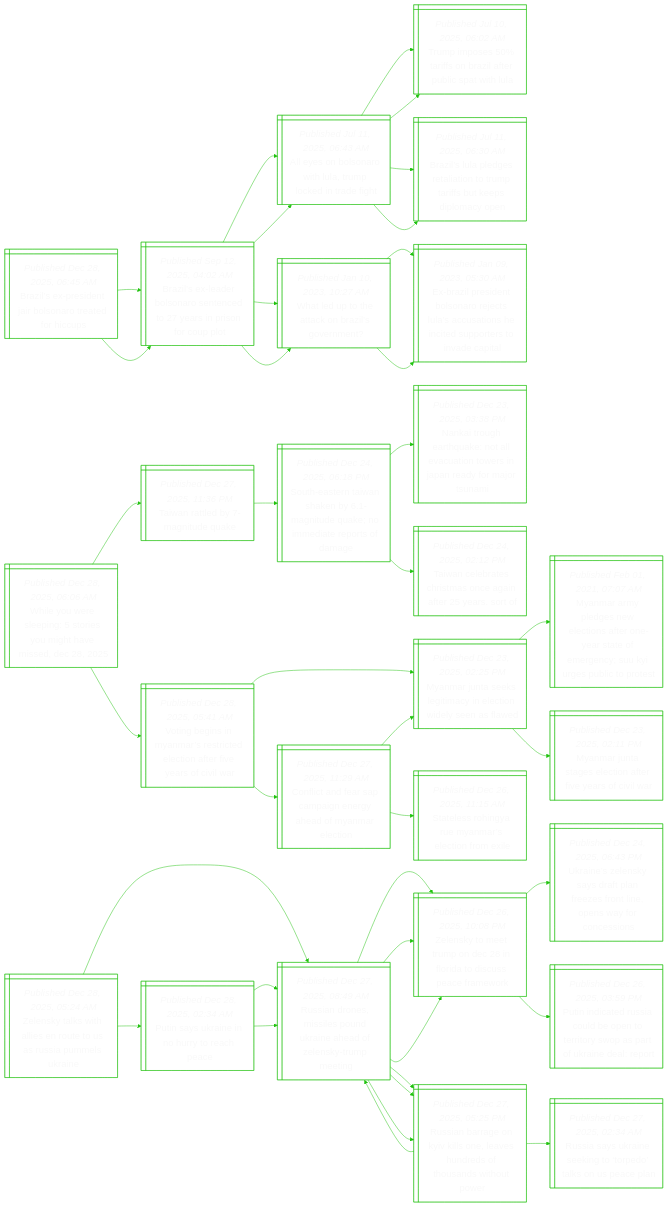
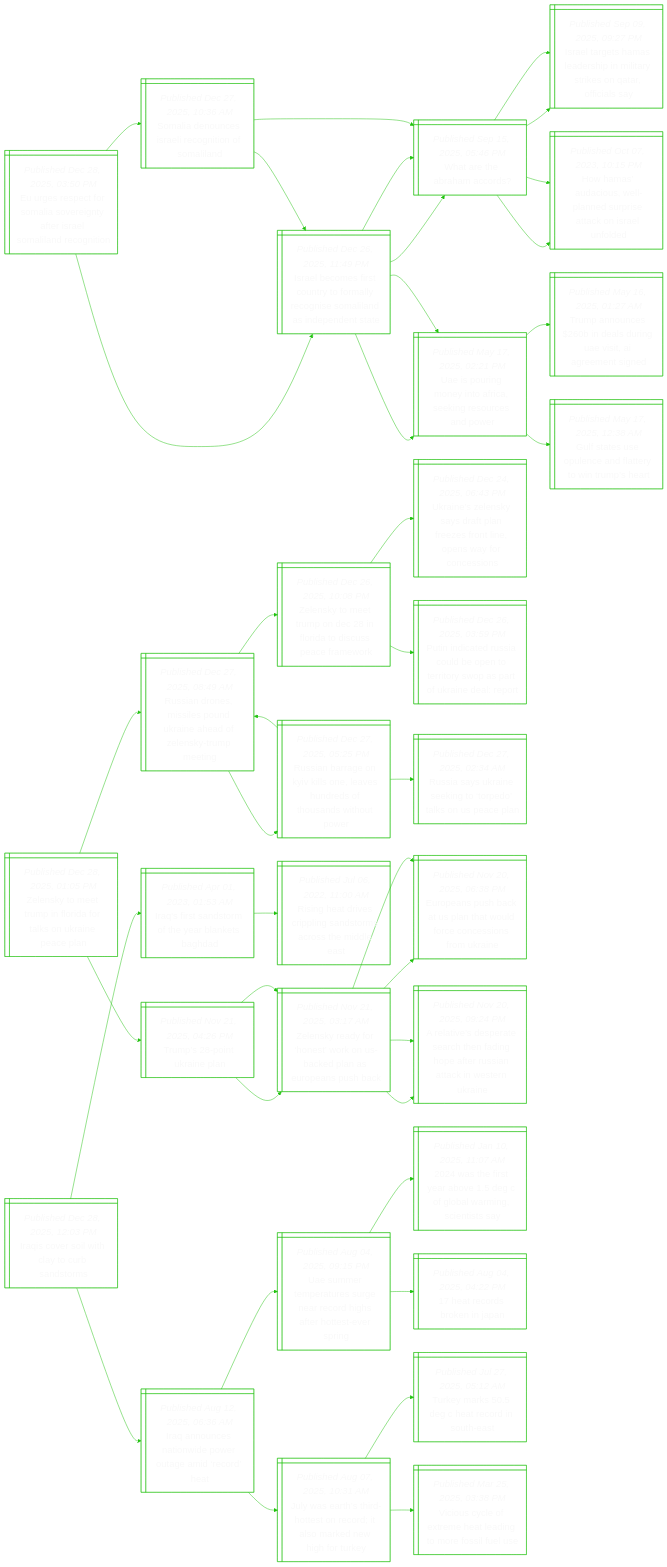
Before and after one commit to notJmes/notJmes: the diagram in README.md, drawn with Mermaid. The commit also changed other lines of this file, not shown here.

````diff
--- a/README.md
+++ b/README.md
@@ -16,85 +16,54 @@
 flowchart LR
 classDef txtsize font-size:20px;
 
-Blreisotru@{ shape: win-pane, label: "_Published Dec 28, 2025, 06:45 AM_
-Brazil’s ex-president jair bolsonaro treated for hiccups" }
-BleBnecyisrp@{ shape: win-pane, label: "_Published Sep 12, 2025, 04:02 AM_
-Brazil’s ex-leader bolsonaro sentenced to 27 years in prison for coup plot" }
-Aeoataperi@{ shape: win-pane, label: "_Published Jul 11, 2025, 06:43 AM_
-All eyes on bolsonaro with lula, trump locked in trade fight" }
-Tieinielah@{ shape: win-pane, label: "_Published Jul 10, 2025, 06:02 AM_
-Trump imposes 50% tariffs on brazil after public spat with lula" }
-Blagttopftsoo@{ shape: win-pane, label: "_Published Jul 11, 2025, 06:30 AM_
-Brazil’s lula pledges retaliation to trump tariffs but keeps diplomacy open" }
-Weotozom@{ shape: win-pane, label: "_Published Jan 10, 2023, 10:27 AM_
-What led up to the attack on brazil’s government?" }
-Ezensoclcietpeiet@{ shape: win-pane, label: "_Published Jan 09, 2023, 05:30 AM_
-Ex-brazil president bolsonaro rejects lula’s accusations he incited supporters to invade capital" }
-BleBnecyisrp@{ shape: win-pane, label: "_Published Sep 12, 2025, 04:02 AM_
-Brazil’s ex-leader bolsonaro sentenced to 27 years in prison for coup plot" }
-Aeoataperi@{ shape: win-pane, label: "_Published Jul 11, 2025, 06:43 AM_
-All eyes on bolsonaro with lula, trump locked in trade fight" }
-Tieinielah@{ shape: win-pane, label: "_Published Jul 10, 2025, 06:02 AM_
-Trump imposes 50% tariffs on brazil after public spat with lula" }
-Blagttopftsoo@{ shape: win-pane, label: "_Published Jul 11, 2025, 06:30 AM_
-Brazil’s lula pledges retaliation to trump tariffs but keeps diplomacy open" }
-Weotozom@{ shape: win-pane, label: "_Published Jan 10, 2023, 10:27 AM_
-What led up to the attack on brazil’s government?" }
-Ezensoclcietpeiet@{ shape: win-pane, label: "_Published Jan 09, 2023, 05:30 AM_
-Ex-brazil president bolsonaro rejects lula’s accusations he incited supporters to invade capital" }
+EepoaoiaIlldgo@{ shape: win-pane, label: "_Published Dec 28, 2025, 03:50 PM_
+Eu urges respect for somalia sovereignty after israel somaliland recognition" }
+Ilmrutmrnolspnt@{ shape: win-pane, label: "_Published Dec 26, 2025, 11:49 PM_
+Israel becomes first country to formally recognise somaliland as independent state" }
+WrAao@{ shape: win-pane, label: "_Published Sep 15, 2025, 05:46 PM_
+What are the abraham accords?" }
+Ilemahmaroais@{ shape: win-pane, label: "_Published Sep 09, 2025, 09:27 PM_
+Israel targets hamas leadership in military strikes on qatar, officials say" }
+Hmdulnrecsud@{ shape: win-pane, label: "_Published Oct 07, 2023, 10:15 PM_
+How hamas’ audacious, well-planned surprise attack on israel unfolded" }
+Upneockecdr@{ shape: win-pane, label: "_Published May 17, 2025, 02:21 PM_
+Uae is pouring money into africa, seeking resources and power" }
+TaniliEtrnn@{ shape: win-pane, label: "_Published May 16, 2025, 01:27 AM_
+Trump announces $260b in deals during uae visit, ai agreement signed" }
+Gtuuelrima@{ shape: win-pane, label: "_Published May 17, 2025, 12:38 AM_
+Gulf states use opulence and flattery to win trump’s heart" }
+Siosectfld@{ shape: win-pane, label: "_Published Dec 27, 2025, 10:36 AM_
+Somalia denounces israeli recognition of somaliland" }
+Ilmrutmrnolspnt@{ shape: win-pane, label: "_Published Dec 26, 2025, 11:49 PM_
+Israel becomes first country to formally recognise somaliland as independent state" }
+WrAao@{ shape: win-pane, label: "_Published Sep 15, 2025, 05:46 PM_
+What are the abraham accords?" }
+Upneockecdr@{ shape: win-pane, label: "_Published May 17, 2025, 02:21 PM_
+Uae is pouring money into africa, seeking resources and power" }
+WrAao@{ shape: win-pane, label: "_Published Sep 15, 2025, 05:46 PM_
+What are the abraham accords?" }
+Ilemahmaroais@{ shape: win-pane, label: "_Published Sep 09, 2025, 09:27 PM_
+Israel targets hamas leadership in military strikes on qatar, officials say" }
+Hmdulnrecsud@{ shape: win-pane, label: "_Published Oct 07, 2023, 10:15 PM_
+How hamas’ audacious, well-planned surprise attack on israel unfolded" }
 
-Blreisotru:::txtsize --> BleBnecyisrp:::txtsize
-BleBnecyisrp:::txtsize --> Aeoataperi:::txtsize
-Aeoataperi:::txtsize --> Tieinielah:::txtsize
-Aeoataperi:::txtsize --> Blagttopftsoo:::txtsize
-BleBnecyisrp:::txtsize --> Weotozom:::txtsize
-Weotozom:::txtsize --> Ezensoclcietpeiet:::txtsize
-Blreisotru:::txtsize --> BleBnecyisrp:::txtsize
-BleBnecyisrp:::txtsize --> Aeoataperi:::txtsize
-Aeoataperi:::txtsize --> Tieinielah:::txtsize
-Aeoataperi:::txtsize --> Blagttopftsoo:::txtsize
-BleBnecyisrp:::txtsize --> Weotozom:::txtsize
-Weotozom:::txtsize --> Ezensoclcietpeiet:::txtsize
+EepoaoiaIlldgo:::txtsize --> Ilmrutmrnolspnt:::txtsize
+Ilmrutmrnolspnt:::txtsize --> WrAao:::txtsize
+WrAao:::txtsize --> Ilemahmaroais:::txtsize
+WrAao:::txtsize --> Hmdulnrecsud:::txtsize
+Ilmrutmrnolspnt:::txtsize --> Upneockecdr:::txtsize
+Upneockecdr:::txtsize --> TaniliEtrnn:::txtsize
+Upneockecdr:::txtsize --> Gtuuelrima:::txtsize
+EepoaoiaIlldgo:::txtsize --> Siosectfld:::txtsize
+Siosectfld:::txtsize --> Ilmrutmrnolspnt:::txtsize
+Ilmrutmrnolspnt:::txtsize --> WrAao:::txtsize
+Ilmrutmrnolspnt:::txtsize --> Upneockecdr:::txtsize
+Siosectfld:::txtsize --> WrAao:::txtsize
+WrAao:::txtsize --> Ilemahmaroais:::txtsize
+WrAao:::txtsize --> Hmdulnrecsud:::txtsize
 
-WYresemhiD@{ shape: win-pane, label: "_Published Dec 28, 2025, 06:06 AM_
-While you were sleeping: 5 stories you might have missed, dec 28, 2025" }
-Tnlmtu@{ shape: win-pane, label: "_Published Dec 27, 2025, 11:36 PM_
-Taiwan rattled by 7-magnitude quake" }
-Serwayiqneerde@{ shape: win-pane, label: "_Published Dec 24, 2025, 06:18 PM_
-South-eastern taiwan shaken by 6.1-magnitude quake; no immediate reports of damage" }
-Nigtkaaiwnnyasi@{ shape: win-pane, label: "_Published Dec 23, 2025, 03:38 PM_
-Nankai trough earthquake: not all evacuation towers in japan ready for major tsunami" }
-Tnbssogfeo@{ shape: win-pane, label: "_Published Dec 24, 2025, 02:12 PM_
-Taiwan celebrates christmas once again after 25 years. sort of" }
-Vgnyrtecafefl@{ shape: win-pane, label: "_Published Dec 28, 2025, 05:41 AM_
-Voting begins in myanmar’s restricted election after five years of civil war" }
-Matkicloeel@{ shape: win-pane, label: "_Published Dec 23, 2025, 02:25 PM_
-Myanmar junta seeks legitimacy in election widely seen as flawed" }
-Maygwtaoatmnurutt@{ shape: win-pane, label: "_Published Feb 01, 2021, 07:07 AM_
-Myanmar army pledges new elections after one-year state of emergency; suu kyi urges public to protest" }
-Matgenryoi@{ shape: win-pane, label: "_Published Dec 23, 2025, 02:11 PM_
-Myanmar junta stages election after five years of civil war" }
-Cidsmngayrt@{ shape: win-pane, label: "_Published Dec 27, 2025, 11:29 AM_
-Conflict and fear sap campaign energy ahead of myanmar election" }
-Matkicloeel@{ shape: win-pane, label: "_Published Dec 23, 2025, 02:25 PM_
-Myanmar junta seeks legitimacy in election widely seen as flawed" }
-SloyMaene@{ shape: win-pane, label: "_Published Dec 26, 2025, 11:15 AM_
-Stateless rohingya rue myanmar’s election from exile" }
-
-WYresemhiD:::txtsize --> Tnlmtu:::txtsize
-Tnlmtu:::txtsize --> Serwayiqneerde:::txtsize
-Serwayiqneerde:::txtsize --> Nigtkaaiwnnyasi:::txtsize
-Serwayiqneerde:::txtsize --> Tnbssogfeo:::txtsize
-WYresemhiD:::txtsize --> Vgnyrtecafefl:::txtsize
-Vgnyrtecafefl:::txtsize --> Matkicloeel:::txtsize
-Matkicloeel:::txtsize --> Maygwtaoatmnurutt:::txtsize
-Matkicloeel:::txtsize --> Matgenryoi:::txtsize
-Vgnyrtecafefl:::txtsize --> Cidsmngayrt:::txtsize
-Cidsmngayrt:::txtsize --> Matkicloeel:::txtsize
-Cidsmngayrt:::txtsize --> SloyMaene:::txtsize
-
-Zsltirtsimke@{ shape: win-pane, label: "_Published Dec 28, 2025, 05:24 AM_
-Zelensky talks with allies en route to us as russia pummels ukraine" }
+Zsmrnirsrpp@{ shape: win-pane, label: "_Published Dec 28, 2025, 01:05 PM_
+Zelensky to meet trump in florida for talks on ukraine peace plan" }
 RanssdieZsue@{ shape: win-pane, label: "_Published Dec 27, 2025, 08:49 AM_
 Russian drones, missiles pound ukraine ahead of zelensky-trump meeting" }
 Zsmrnnidscmk@{ shape: win-pane, label: "_Published Dec 26, 2025, 10:08 PM_
@@ -109,34 +78,65 @@
 Russia says ukraine seeking to ‘torpedo’ talks on us peace plan" }
 RanssdieZsue@{ shape: win-pane, label: "_Published Dec 27, 2025, 08:49 AM_
 Russian drones, missiles pound ukraine ahead of zelensky-trump meeting" }
-Pskehtcc@{ shape: win-pane, label: "_Published Dec 28, 2025, 02:34 AM_
-Putin says ukraine in no hurry to reach peace" }
-RanssdieZsue@{ shape: win-pane, label: "_Published Dec 27, 2025, 08:49 AM_
-Russian drones, missiles pound ukraine ahead of zelensky-trump meeting" }
-Zsmrnnidscmk@{ shape: win-pane, label: "_Published Dec 26, 2025, 10:08 PM_
-Zelensky to meet trump on dec 28 in florida to discuss peace framework" }
-Rarnkoaudhntp@{ shape: win-pane, label: "_Published Dec 27, 2025, 05:25 PM_
-Russian barrage on kyiv kills one, leaves hundreds of thousands without power" }
-RanssdieZsue@{ shape: win-pane, label: "_Published Dec 27, 2025, 08:49 AM_
-Russian drones, missiles pound ukraine ahead of zelensky-trump meeting" }
-Zsmrnnidscmk@{ shape: win-pane, label: "_Published Dec 26, 2025, 10:08 PM_
-Zelensky to meet trump on dec 28 in florida to discuss peace framework" }
-Rarnkoaudhntp@{ shape: win-pane, label: "_Published Dec 27, 2025, 05:25 PM_
-Russian barrage on kyiv kills one, leaves hundreds of thousands without power" }
+Tstia@{ shape: win-pane, label: "_Published Nov 21, 2025, 04:26 PM_
+Trump’s 28-point ukraine plan" }
+Zsarskbdaosb@{ shape: win-pane, label: "_Published Nov 21, 2025, 03:17 AM_
+Zelensky ready for ‘honest’ work on us-backed plan as europeans push back" }
+EeucStooosfke@{ shape: win-pane, label: "_Published Nov 20, 2025, 06:38 PM_
+Europeans push back at us plan that would force concessions from ukraine" }
+Atdretahfunceni@{ shape: win-pane, label: "_Published Nov 20, 2025, 09:24 PM_
+A relative’s desperate search then fading hope after russian attack in western ukraine" }
+Zsarskbdaosb@{ shape: win-pane, label: "_Published Nov 21, 2025, 03:17 AM_
+Zelensky ready for ‘honest’ work on us-backed plan as europeans push back" }
+EeucStooosfke@{ shape: win-pane, label: "_Published Nov 20, 2025, 06:38 PM_
+Europeans push back at us plan that would force concessions from ukraine" }
+Atdretahfunceni@{ shape: win-pane, label: "_Published Nov 20, 2025, 09:24 PM_
+A relative’s desperate search then fading hope after russian attack in western ukraine" }
 
-Zsltirtsimke:::txtsize --> RanssdieZsue:::txtsize
+Zsmrnirsrpp:::txtsize --> RanssdieZsue:::txtsize
 RanssdieZsue:::txtsize --> Zsmrnnidscmk:::txtsize
 Zsmrnnidscmk:::txtsize --> Unlydprstowren:::txtsize
 Zsmrnnidscmk:::txtsize --> PiaucbnrrprkeRt:::txtsize
 RanssdieZsue:::txtsize --> Rarnkoaudhntp:::txtsize
 Rarnkoaudhntp:::txtsize --> RaUnkoelUcn:::txtsize
 Rarnkoaudhntp:::txtsize --> RanssdieZsue:::txtsize
-Zsltirtsimke:::txtsize --> Pskehtcc:::txtsize
-Pskehtcc:::txtsize --> RanssdieZsue:::txtsize
-RanssdieZsue:::txtsize --> Zsmrnnidscmk:::txtsize
-RanssdieZsue:::txtsize --> Rarnkoaudhntp:::txtsize
-Pskehtcc:::txtsize --> RanssdieZsue:::txtsize
-RanssdieZsue:::txtsize --> Zsmrnnidscmk:::txtsize
-RanssdieZsue:::txtsize --> Rarnkoaudhntp:::txtsize
+Zsmrnirsrpp:::txtsize --> Tstia:::txtsize
+Tstia:::txtsize --> Zsarskbdaosb:::txtsize
+Zsarskbdaosb:::txtsize --> EeucStooosfke:::txtsize
+Zsarskbdaosb:::txtsize --> Atdretahfunceni:::txtsize
+Tstia:::txtsize --> Zsarskbdaosb:::txtsize
+Zsarskbdaosb:::txtsize --> EeucStooosfke:::txtsize
+Zsarskbdaosb:::txtsize --> Atdretahfunceni:::txtsize
+
+Isrwlcao@{ shape: win-pane, label: "_Published Dec 28, 2025, 12:03 PM_
+Iraqis cover soil with clay to curb sandstorms" }
+Ifstfeasd@{ shape: win-pane, label: "_Published Apr 01, 2023, 01:53 AM_
+Iraq's first sandstorm of the year blankets baghdad" }
+RgdspstasiE@{ shape: win-pane, label: "_Published Jul 06, 2022, 11:00 AM_
+Rising heat drives crippling sandstorms across the middle east" }
+Inctiwtmce@{ shape: win-pane, label: "_Published Aug 12, 2025, 06:36 AM_
+Iraq announces nationwide power outage amid ‘record’ heat" }
+Umeaserdsreei@{ shape: win-pane, label: "_Published Aug 04, 2025, 09:15 PM_
+Uae summer temperatures surge near record highs after hottest-ever spring" }
+wetadfamcia@{ shape: win-pane, label: "_Published Jan 10, 2025, 11:07 AM_
+2024 was the first year above 1.5 deg c of global warming, scientists say" }
+hesea@{ shape: win-pane, label: "_Published Aug 04, 2025, 04:22 PM_
+17 heat records broken in japan" }
+JatitooaangTy@{ shape: win-pane, label: "_Published Aug 07, 2025, 10:31 AM_
+July was earth’s third-hottest on record; it also marked new high for turkey" }
+Tysheitt@{ shape: win-pane, label: "_Published Jul 27, 2025, 05:12 AM_
+Turkey marks 50.5 deg c heat record in south-east" }
+Vulxelnosue@{ shape: win-pane, label: "_Published Mar 25, 2025, 03:38 PM_
+Vicious cycle of extreme heat leading to more fossil fuel use" }
+
+Isrwlcao:::txtsize --> Ifstfeasd:::txtsize
+Ifstfeasd:::txtsize --> RgdspstasiE:::txtsize
+Isrwlcao:::txtsize --> Inctiwtmce:::txtsize
+Inctiwtmce:::txtsize --> Umeaserdsreei:::txtsize
+Umeaserdsreei:::txtsize --> wetadfamcia:::txtsize
+Umeaserdsreei:::txtsize --> hesea:::txtsize
+Inctiwtmce:::txtsize --> JatitooaangTy:::txtsize
+JatitooaangTy:::txtsize --> Tysheitt:::txtsize
+JatitooaangTy:::txtsize --> Vulxelnosue:::txtsize
 
 ```
````
